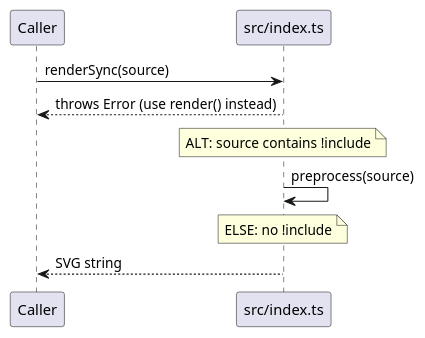
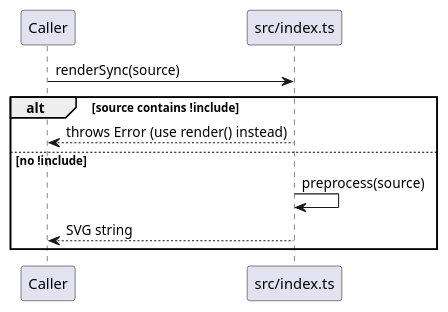
Before and after one commit to knowvah/plantuml-ts: the second of 3 diagrams in plans/preprocessor/diagrams/data-flow.md, drawn with PlantUML. The commit also changed other lines of this file and 13 other files, not shown here.

First line of the commit message:
docs: restore real alt/else/loop grouping in the converted diagrams

````diff
--- a/plans/preprocessor/diagrams/data-flow.md
+++ b/plans/preprocessor/diagrams/data-flow.md
@@ -33,15 +33,13 @@
 ```plantuml
 @startuml
-' NOTE: mermaid grouping flattened -- alt/opt/loop/group render the whole
-' diagram EMPTY in plantuml-ts today (.agent-notes/plantuml-sequence-group-empty.md).
-' Original nesting: alt source contains !include ; else no !include
 participant Caller
 participant "src/index.ts" as index
 Caller -> index : renderSync(source)
-index --> Caller : throws Error (use render() instead)
-note over index : ALT: source contains !include
-index -> index : preprocess(source)
-note over index : ELSE: no !include
-index --> Caller : SVG string
+alt source contains !include
+  index --> Caller : throws Error (use render() instead)
+else no !include
+  index -> index : preprocess(source)
+  index --> Caller : SVG string
+end
 @enduml
 ```
````
